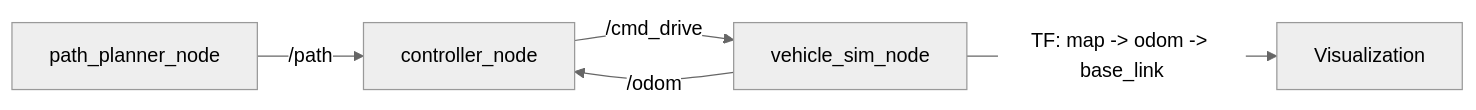
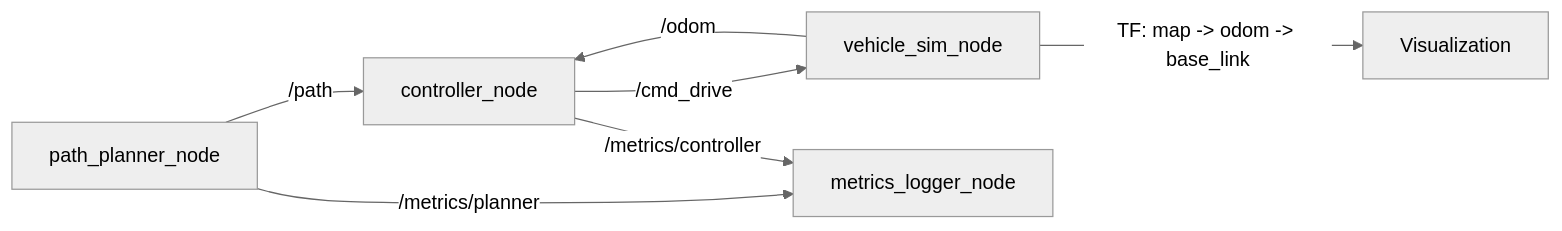
The diagram in README.md (66thparallel/sparky), drawn with Mermaid (neutral theme) before and after one commit. The commit also changed other lines of this file and 1 other file, not shown here.

````diff
--- a/README.md
+++ b/README.md
@@ -98,7 +102,9 @@
 ```mermaid
 flowchart LR
       A[path_planner_node] -->|/path| B[controller_node]
       B -->|/cmd_drive| C[vehicle_sim_node]
       C -->|/odom| B
+      A -->|/metrics/planner| E[metrics_logger_node]
+      B -->|/metrics/controller| E
       C -->|TF: map -> odom -> base_link| D[Visualization]
 ```
````
